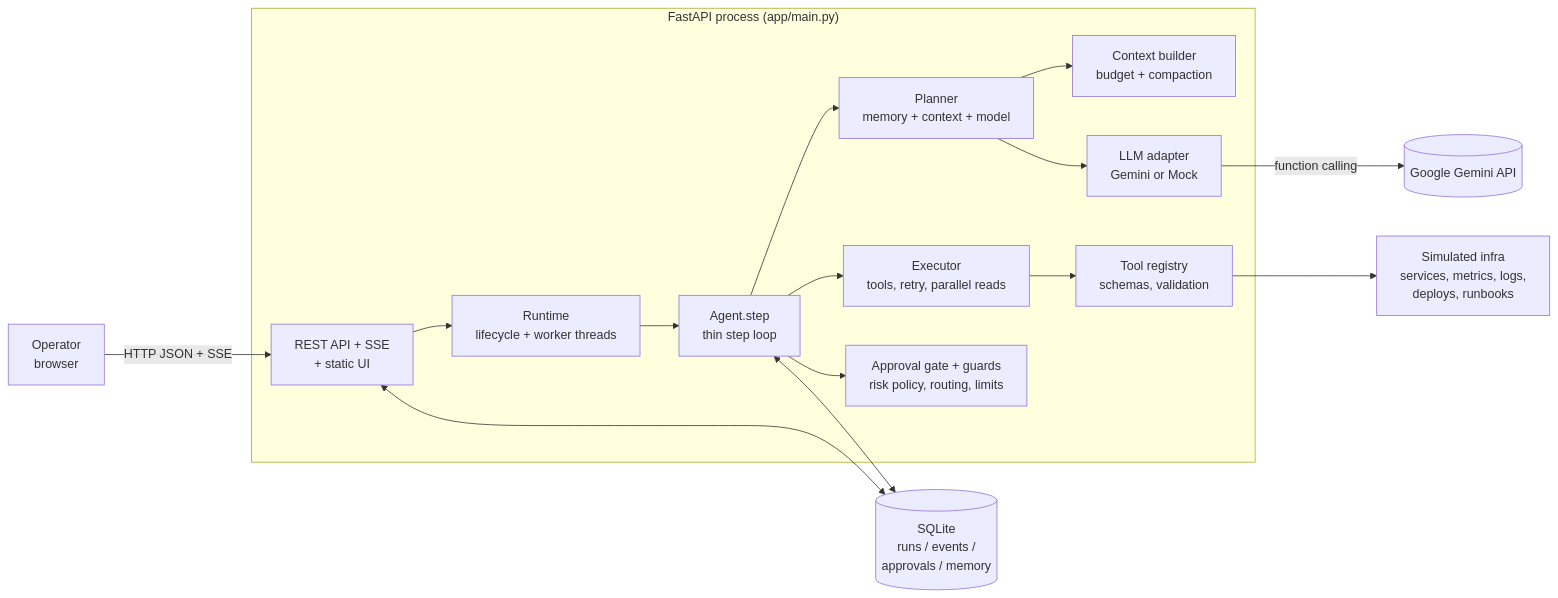
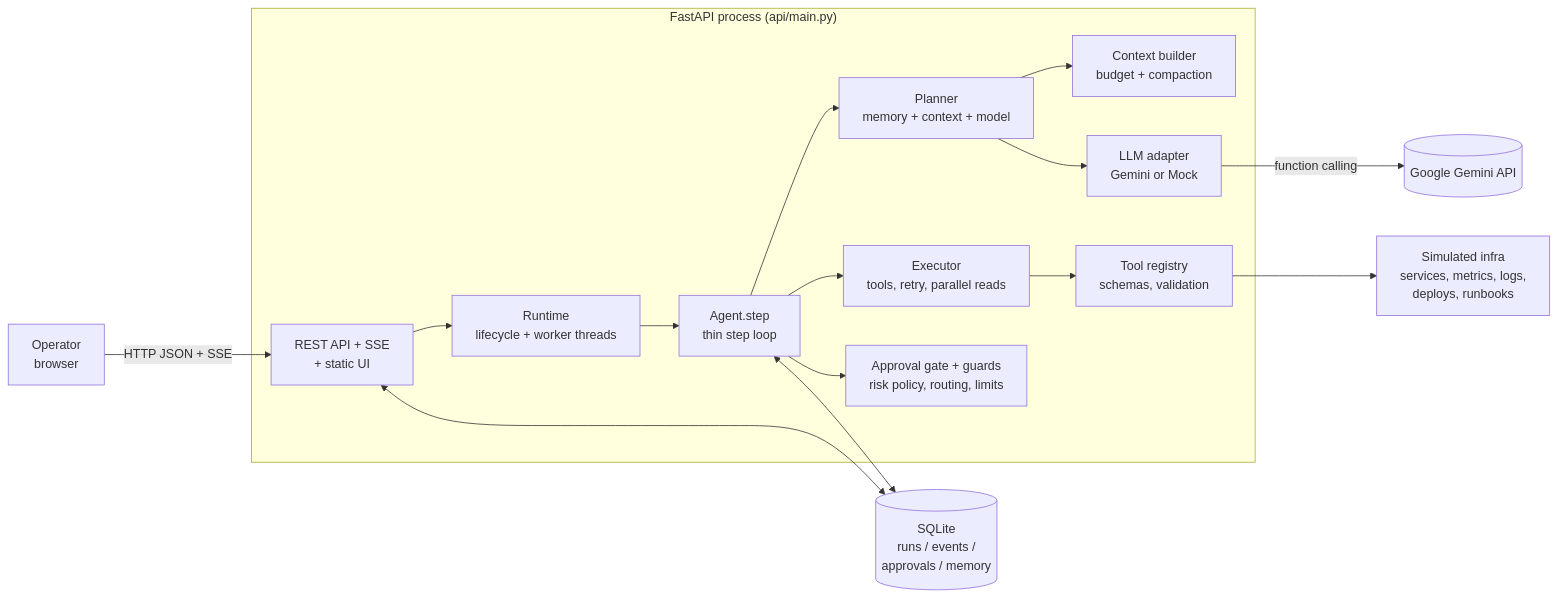
Before and after one commit to Zulfiqar7862/incident-triage-agent-gemini: the first of 2 diagrams in docs/HLD.md, drawn with Mermaid. The commit also changed other lines of this file and 84 other files, not shown here.

````diff
--- a/docs/HLD.md
+++ b/docs/HLD.md
@@ -30,24 +30,24 @@
 ```mermaid
 flowchart LR
     OP[Operator<br/>browser] -- "HTTP JSON + SSE" --> API
-    subgraph Server["FastAPI process (app/main.py)"]
+    subgraph Server["FastAPI process (api/main.py)"]
         API[REST API + SSE<br/>+ static UI]
         RT[Runtime<br/>lifecycle + worker threads]
         AG[Agent.step<br/>thin step loop]
         PL[Planner<br/>memory + context + model]
         EX[Executor<br/>tools, retry, parallel reads]
         GT[Approval gate + guards<br/>risk policy, routing, limits]
         CTX[Context builder<br/>budget + compaction]
         TR[Tool registry<br/>schemas, validation]
         LLM[LLM adapter<br/>Gemini or Mock]
         API --> RT --> AG
         AG --> PL --> CTX
         PL --> LLM
         AG --> EX --> TR
         AG --> GT
     end
     LLM -- "function calling" --> GEM[(Google Gemini API)]
     TR --> SIM[Simulated infra<br/>services, metrics, logs,<br/>deploys, runbooks]
     AG <--> DB[(SQLite<br/>runs / events /<br/>approvals / memory)]
     API <--> DB
 ```
````
